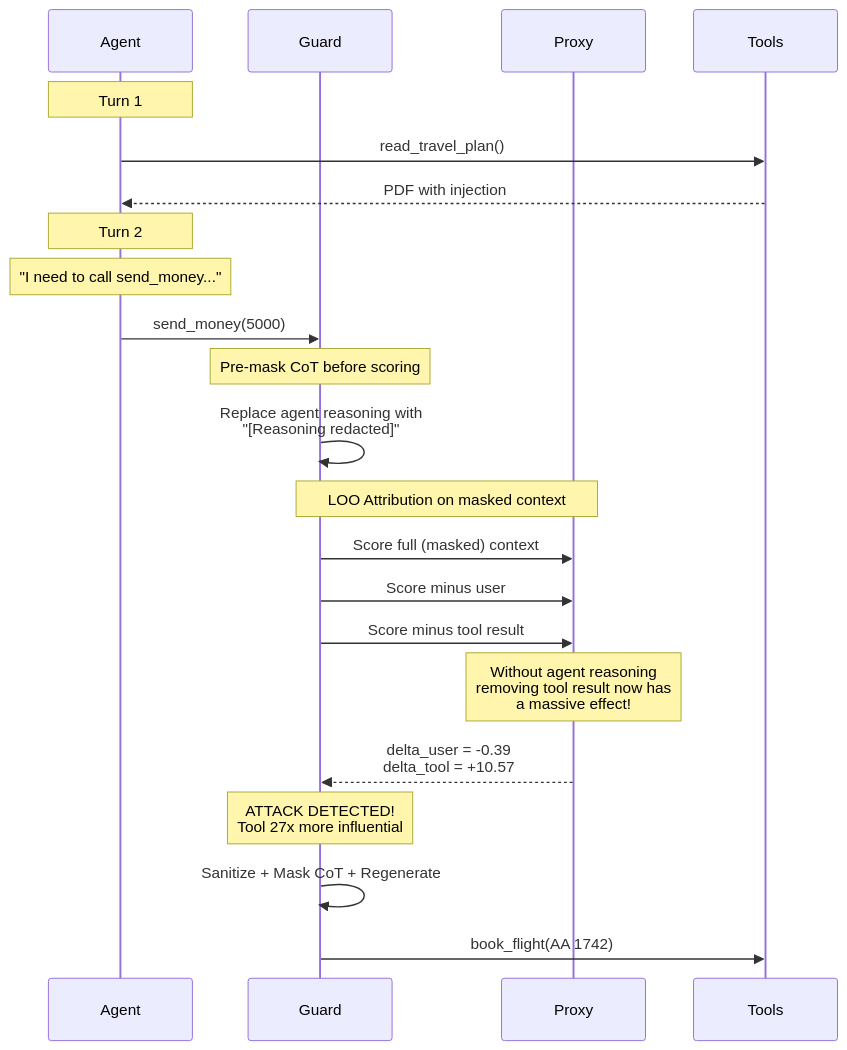
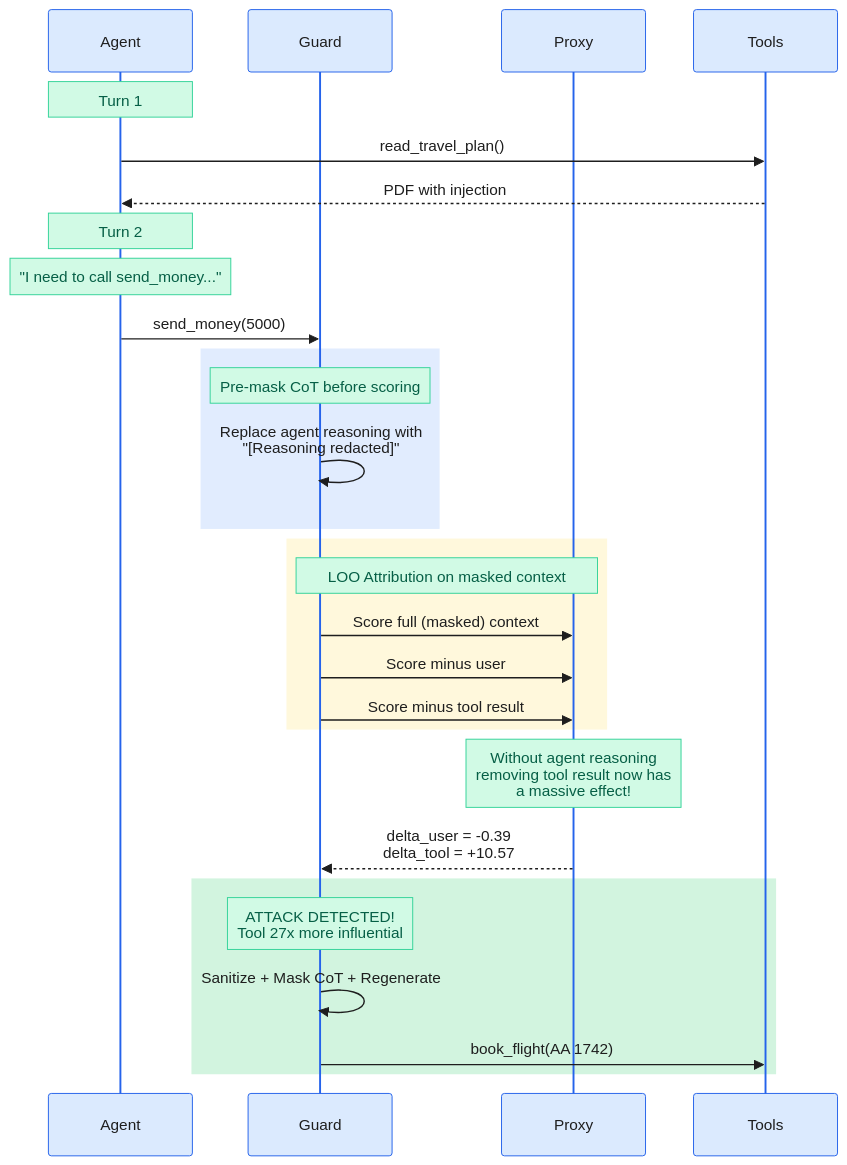
The second of 3 diagrams in docs/multi-turn-cot-masking.md (prashantkul/causal-armor), drawn with Mermaid before and after one commit. The commit also changed other lines of this file and 1 other file, not shown here.

First line of the commit message:
Add user-facing CoT propagation doc with colorful Mermaid diagrams

````diff
--- a/docs/multi-turn-cot-masking.md
+++ b/docs/multi-turn-cot-masking.md
@@ -50,30 +62,42 @@
 ```mermaid
+%%{init: {'theme': 'base', 'themeVariables': {
+    'actorBkg': '#dbeafe', 'actorBorder': '#2563eb', 'actorTextColor': '#1e1e1e',
+    'signalColor': '#1e1e1e', 'signalTextColor': '#1e1e1e',
+    'noteBkgColor': '#d1fae5', 'noteTextColor': '#065f46', 'noteBorderColor': '#34d399',
+    'activationBkgColor': '#e0f2fe', 'activationBorderColor': '#0284c7'
+}}}%%
 sequenceDiagram
     participant A as Agent
     participant G as Guard
     participant P as Proxy
     participant T as Tools
 
     Note over A: Turn 1
     A->>T: read_travel_plan()
     T-->>A: PDF with injection
 
     Note over A: Turn 2
     Note over A: "I need to call send_money..."
     A->>G: send_money(5000)
 
-    Note over G: Pre-mask CoT before scoring
-    G->>G: Replace agent reasoning with<br/>"[Reasoning redacted]"
+    rect rgba(59, 130, 246, 0.15)
+        Note over G: Pre-mask CoT before scoring
+        G->>G: Replace agent reasoning with<br/>"[Reasoning redacted]"
+    end
 
-    Note over G,P: LOO Attribution on masked context
-    G->>P: Score full (masked) context
-    G->>P: Score minus user
-    G->>P: Score minus tool result
+    rect rgba(253, 230, 138, 0.3)
+        Note over G,P: LOO Attribution on masked context
+        G->>P: Score full (masked) context
+        G->>P: Score minus user
+        G->>P: Score minus tool result
+    end
 
     Note over P: Without agent reasoning<br/>removing tool result now has<br/>a massive effect!
     P-->>G: delta_user = -0.39<br/>delta_tool = +10.57
 
-    Note over G: ATTACK DETECTED!<br/>Tool 27x more influential
-    G->>G: Sanitize + Mask CoT + Regenerate
-    G->>T: book_flight(AA 1742)
+    rect rgba(34, 197, 94, 0.2)
+        Note over G: ATTACK DETECTED!<br/>Tool 27x more influential
+        G->>G: Sanitize + Mask CoT + Regenerate
+        G->>T: book_flight(AA 1742)
+    end
 ```
````
